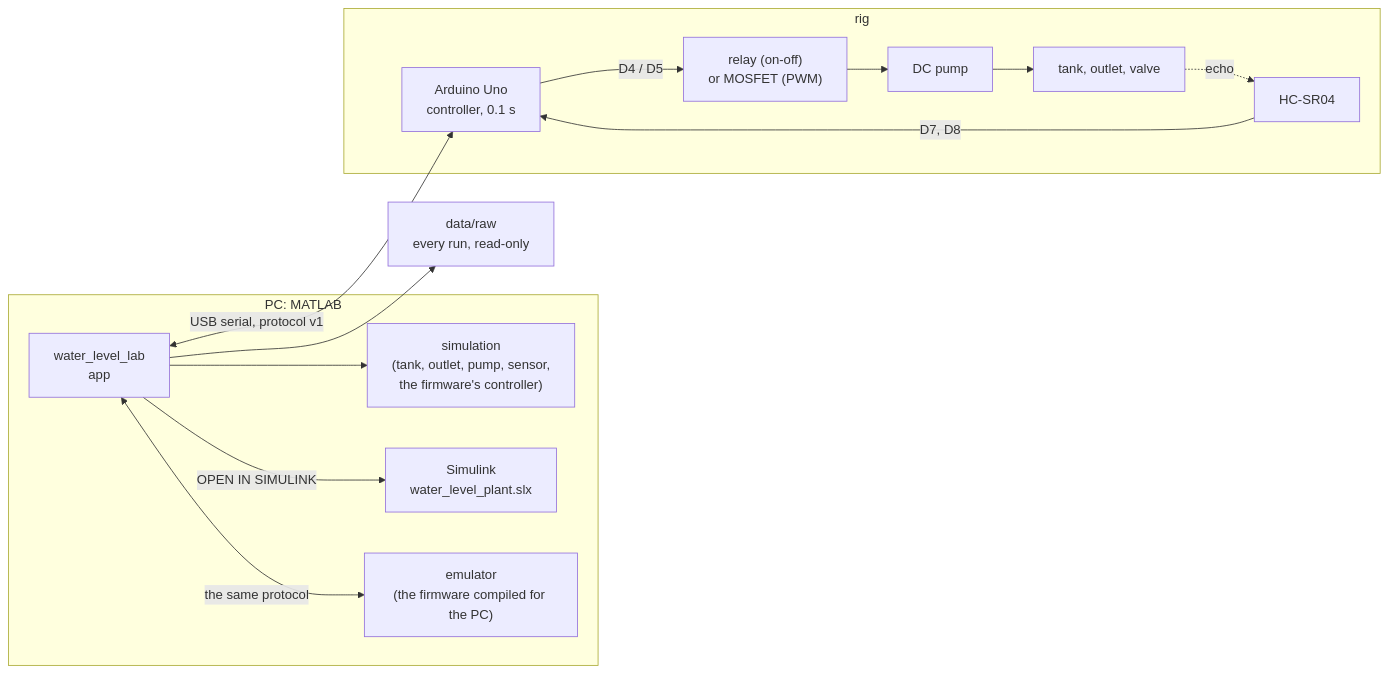
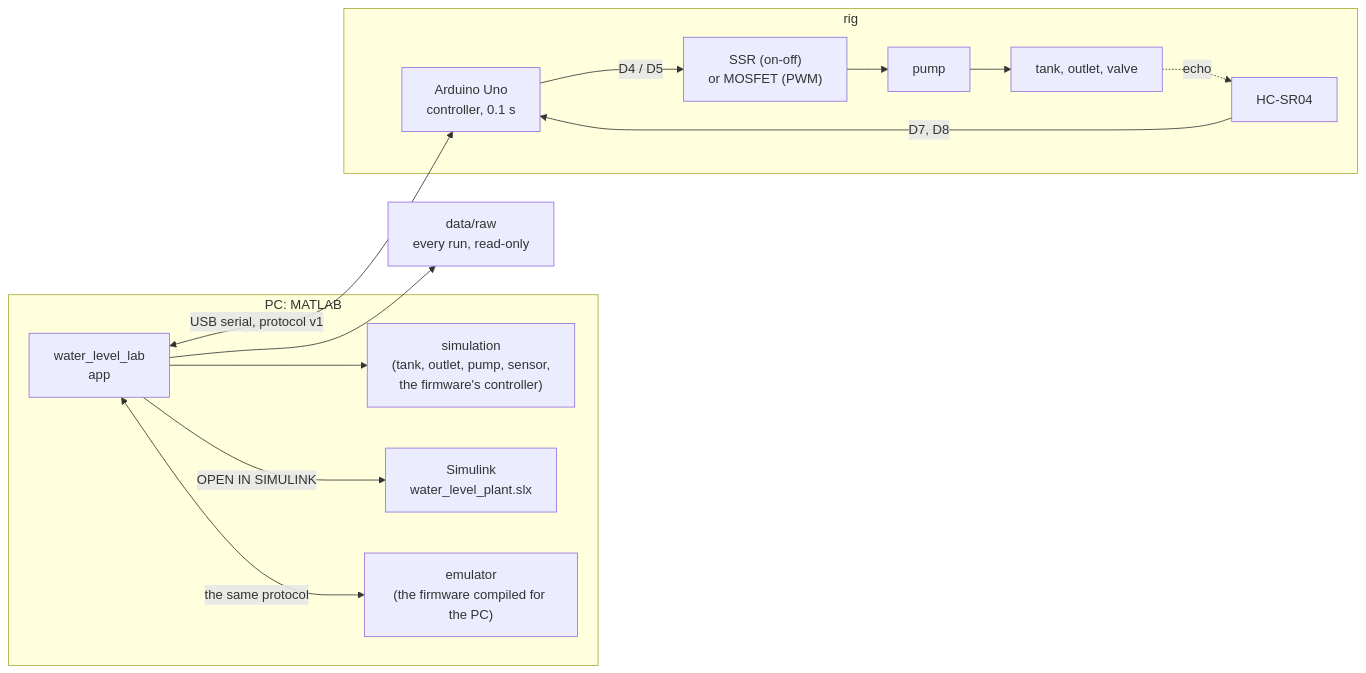
One commit to Samarth030312/arduino-water-level-control-lab changed the diagram in README.md. Above: the diagram before and after it, drawn with Mermaid. The commit also changed other lines of this file and 14 other files, not shown here.

````diff
--- a/README.md
+++ b/README.md
@@ -81,23 +99,23 @@
 ```mermaid
 flowchart LR
     subgraph PC["PC: MATLAB"]
         APP["water_level_lab<br/>app"]
         SIM["simulation<br/>(tank, outlet, pump, sensor,<br/>the firmware's controller)"]
         SL["Simulink<br/>water_level_plant.slx"]
         EMU["emulator<br/>(the firmware compiled for the PC)"]
     end
     subgraph RIG["rig"]
         UNO["Arduino Uno<br/>controller, 0.1 s"]
-        RLY["relay (on-off)<br/>or MOSFET (PWM)"]
-        PUMP["DC pump"]
+        RLY["SSR (on-off)<br/>or MOSFET (PWM)"]
+        PUMP["pump"]
         TANK["tank, outlet, valve"]
         US["HC-SR04"]
     end
     APP --> SIM
     APP -->|"OPEN IN SIMULINK"| SL
     APP <-->|"USB serial, protocol v1"| UNO
     APP <-->|"the same protocol"| EMU
     UNO -->|"D4 / D5"| RLY --> PUMP --> TANK
     TANK -.->|"echo"| US -->|"D7, D8"| UNO
     APP --> DATA["data/raw<br/>every run, read-only"]
 ```
````
